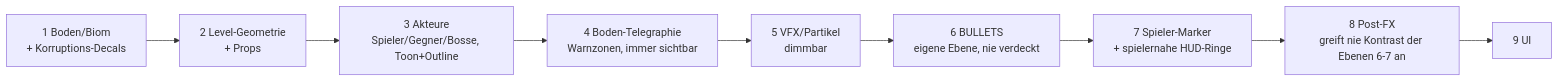
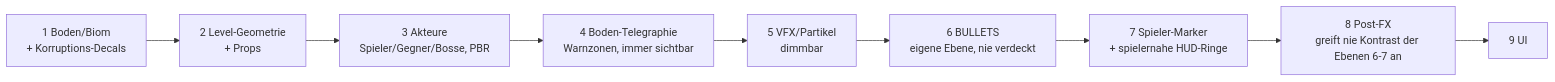
Before and after one commit to LupusMalusDeviant/fiends-n-patrons: the diagram in docs/prd/0003-rendering-und-art.md, drawn with Mermaid. The commit also changed other lines of this file and 6 other files, not shown here.

````diff
--- a/docs/prd/0003-rendering-und-art.md
+++ b/docs/prd/0003-rendering-und-art.md
@@ -31,11 +32,11 @@
 ```mermaid
 graph LR
     A[1 Boden/Biom<br/>+ Korruptions-Decals] --> B[2 Level-Geometrie<br/>+ Props]
-    B --> C[3 Akteure<br/>Spieler/Gegner/Bosse, Toon+Outline]
+    B --> C[3 Akteure<br/>Spieler/Gegner/Bosse, PBR]
     C --> D[4 Boden-Telegraphie<br/>Warnzonen, immer sichtbar]
     D --> E[5 VFX/Partikel<br/>dimmbar]
     E --> F[6 BULLETS<br/>eigene Ebene, nie verdeckt]
     F --> G[7 Spieler-Marker<br/>+ spielernahe HUD-Ringe]
     G --> H[8 Post-FX<br/>greift nie Kontrast der Ebenen 6-7 an]
     H --> I[9 UI]
 ```
````
